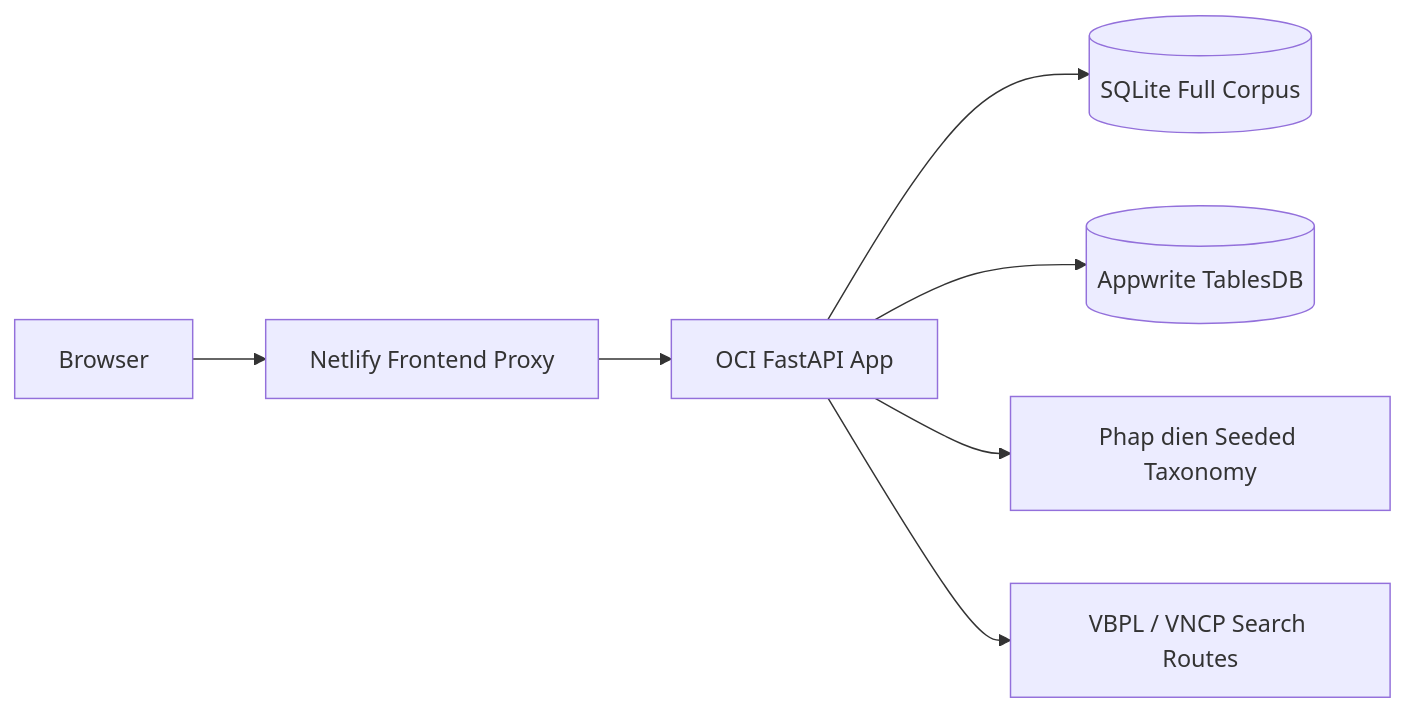
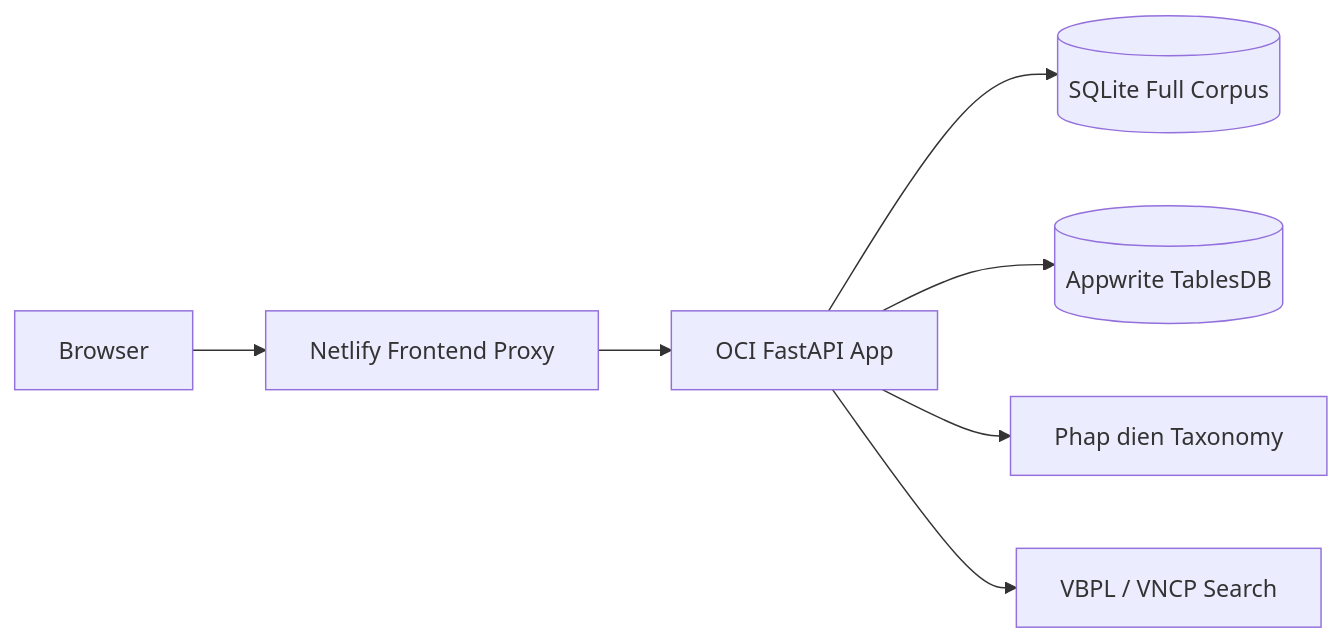
Before and after one commit to Kohnnn/V-Legal: the first of 2 diagrams in README.md, drawn with Mermaid. The commit also changed other lines of this file and 5 other files, not shown here.

````diff
--- a/README.md
+++ b/README.md
@@ -40,9 +35,9 @@
 ```mermaid
 flowchart LR
     U[Browser] --> N[Netlify Frontend Proxy]
     N --> O[OCI FastAPI App]
     O --> S[(SQLite Full Corpus)]
     O --> A[(Appwrite TablesDB)]
-    O --> P[Phap dien Seeded Taxonomy]
-    O --> V[VBPL / VNCP Search Routes]
+    O --> P[Phap dien Taxonomy]
+    O --> V[VBPL / VNCP Search]
 ```
````
